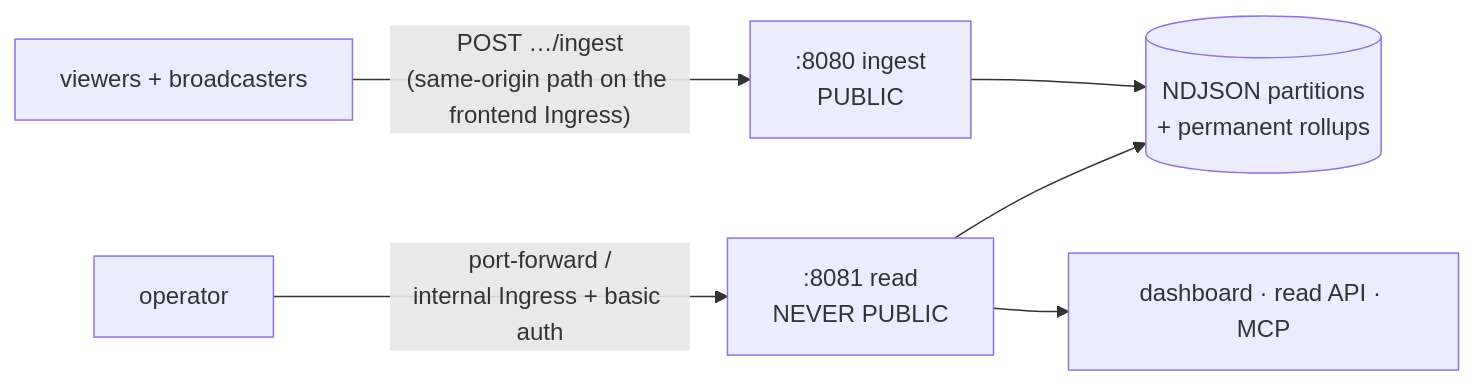
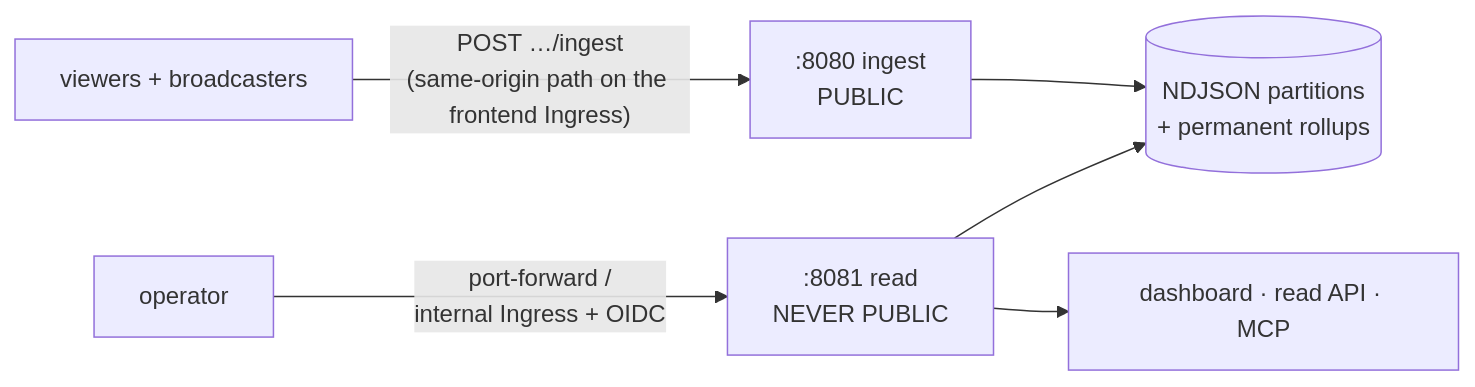
The diagram in gawk-telemetry/README.md (Tuhis/gawk), drawn with Mermaid before and after one commit. The commit also changed other lines of this file and 14 other files, not shown here.

First line of the commit message:
feat(telemetry): chart, dev lane and docs for the OIDC read surface (R53 TO5)

````diff
--- a/gawk-telemetry/README.md
+++ b/gawk-telemetry/README.md
@@ -57,8 +57,8 @@
 ```mermaid
 flowchart LR
     V["viewers + broadcasters"] -- "POST …/ingest<br/>(same-origin path on the frontend Ingress)" --> I[":8080 ingest<br/>PUBLIC"]
-    O["operator"] -- "port-forward /<br/>internal Ingress + basic auth" --> R[":8081 read<br/>NEVER PUBLIC"]
+    O["operator"] -- "port-forward /<br/>internal Ingress + OIDC" --> R[":8081 read<br/>NEVER PUBLIC"]
     I --> S[("NDJSON partitions<br/>+ permanent rollups")]
     R --> S
     R --> D["dashboard · read API · MCP"]
 ```
````
